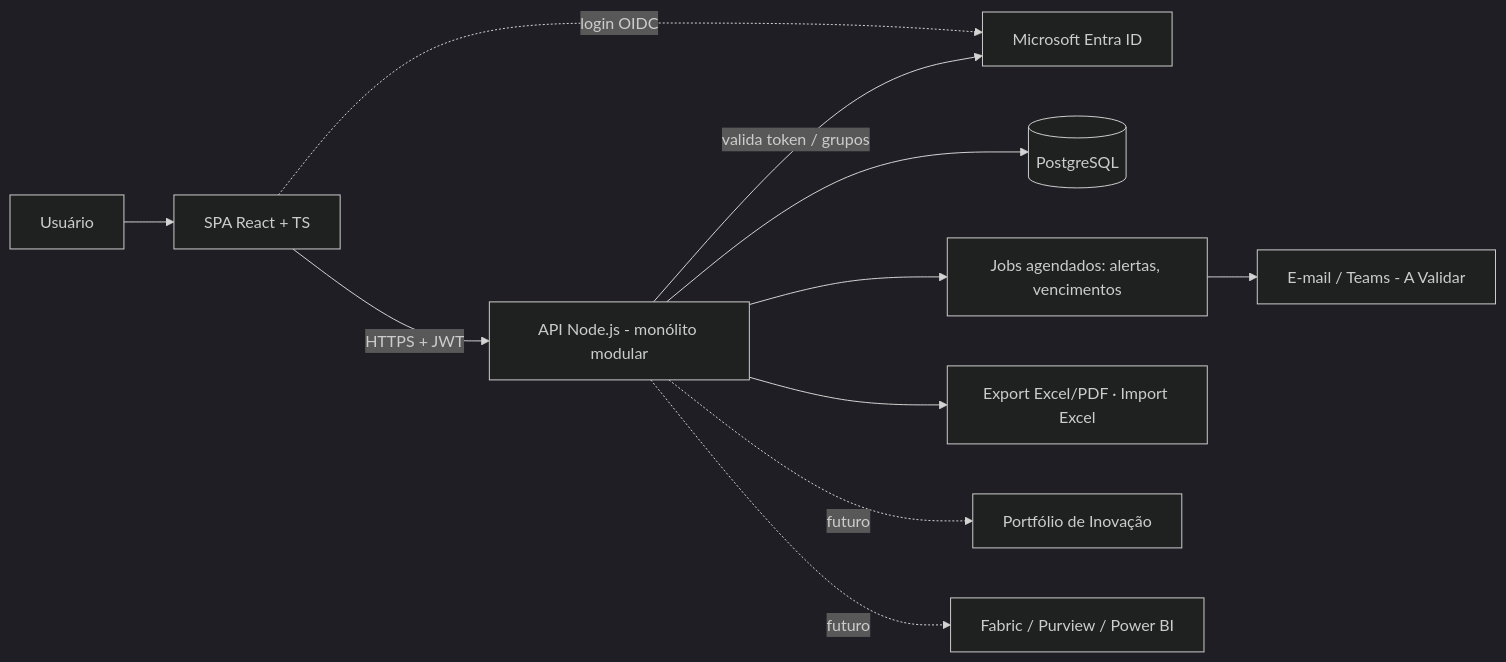
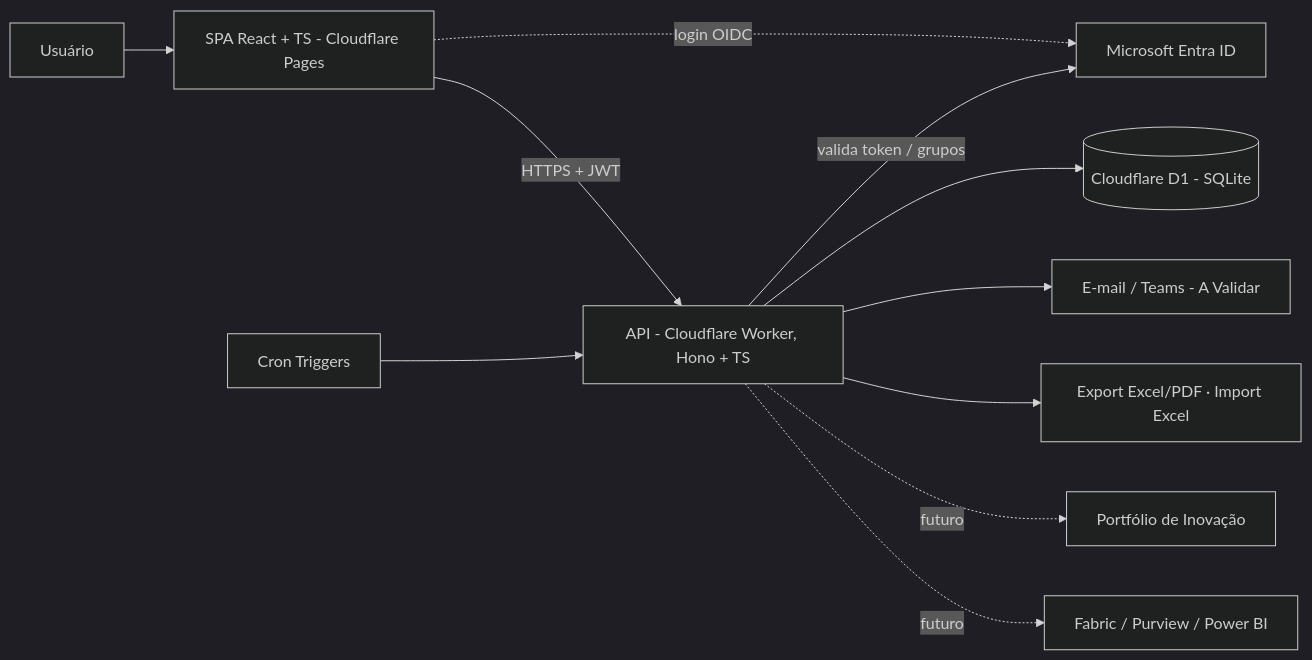
Before and after one commit to kamilaSilveiraJM/jmendes-datamap: the diagram in docs/00_START.md, drawn with Mermaid (dark theme). The commit also changed other lines of this file, not shown here.

First line of the commit message:
docs: atualiza START para arquitetura Cloudflare (#1)

````diff
--- a/docs/00_START.md
+++ b/docs/00_START.md
@@ -88,13 +90,13 @@
 ```mermaid
 flowchart LR
-  U[Usuário] --> FE[SPA React + TS]
-  FE -->|HTTPS + JWT| API[API Node.js - monólito modular]
+  U[Usuário] --> FE[SPA React + TS - Cloudflare Pages]
+  FE -->|HTTPS + JWT| API[API - Cloudflare Worker, Hono + TS]
   FE -. login OIDC .-> ENTRA[Microsoft Entra ID]
   API -->|valida token / grupos| ENTRA
-  API --> DB[(PostgreSQL)]
-  API --> JOB[Jobs agendados: alertas, vencimentos]
-  JOB --> MAIL[E-mail / Teams - A Validar]
+  API --> DB[(Cloudflare D1 - SQLite)]
+  CRON[Cron Triggers] --> API
+  API --> MAIL[E-mail / Teams - A Validar]
   API --> EXP[Export Excel/PDF · Import Excel]
   API -. futuro .-> PORT[Portfólio de Inovação]
   API -. futuro .-> MS[Fabric / Purview / Power BI]
 ```
````
